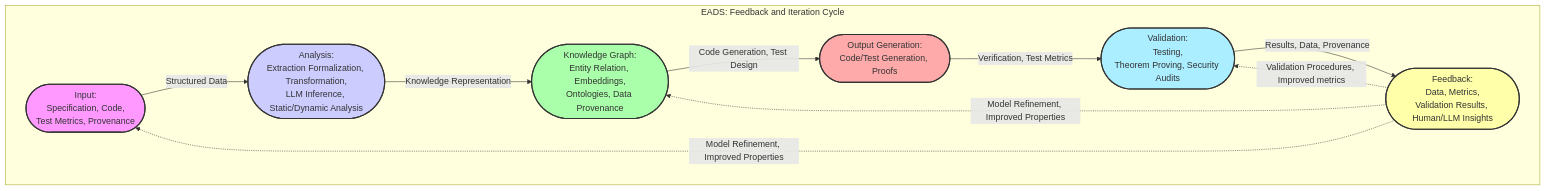
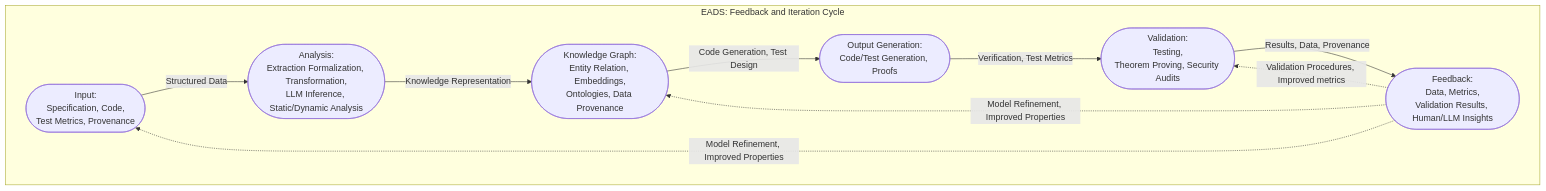
The first of 4 diagrams in docs/EADS-20241211-2.md (nshkrdotcom/EADS), drawn with Mermaid before and after one commit. The commit also changed other lines of this file and 1 other file, not shown here.

````diff
--- a/docs/EADS-20241211-2.md
+++ b/docs/EADS-20241211-2.md
@@ -3,33 +3,20 @@
 ```mermaid
 graph TD
     subgraph EADS["EADS:&nbsp;Feedback&nbsp;and&nbsp;Iteration&nbsp;Cycle"]
-        Input([Input:<br>Specification, Code,<br>Test Metrics, Provenance])
-          style Input fill:#f9f,stroke:#333,stroke-width:2px
+		Input([Input:<br>Specification, Code,<br>Test Metrics, Provenance])
+		Analysis([Analysis:<br>Extraction Formalization, Transformation,<br>LLM Inference, Static/Dynamic Analysis])
+		KnowledgeGraph([Knowledge Graph:<br>Entity Relation, Embeddings,<br>Ontologies, Data Provenance])
+		Output([Output Generation:<br>Code/Test Generation, Proofs])
+		Validation([Validation:<br>Testing,<br>Theorem Proving, Security Audits])
+		Feedback([Feedback:<br>Data, Metrics,<br>Validation Results, Human/LLM Insights])
 
-        Analysis([Analysis:<br>Extraction Formalization, Transformation,<br>LLM Inference, Static/Dynamic Analysis])
-          style Analysis fill:#ccf,stroke:#333,stroke-width:2px
-
-        KnowledgeGraph([Knowledge Graph:<br>Entity Relation, Embeddings,<br>Ontologies, Data Provenance])
-         style KnowledgeGraph fill:#afa,stroke:#333,stroke-width:2px
-
-        Output([Output Generation:<br>Code/Test Generation, Proofs])
-         style Output fill:#faa,stroke:#333,stroke-width:2px
-
-         Validation([Validation:<br>Testing,<br>Theorem Proving, Security Audits])
-         style Validation fill:#aef,stroke:#333,stroke-width:2px
-
-         Feedback([Feedback:<br>Data, Metrics,<br>Validation Results, Human/LLM Insights])
-         style Feedback fill:#ffa,stroke:#333,stroke-width:2px
-
-
-     Input -->|Structured Data| Analysis
-     Analysis --> |Knowledge Representation| KnowledgeGraph
-    KnowledgeGraph --> |Code Generation, Test Design| Output
-     Output --> |Verification, Test Metrics| Validation
-     Validation --> |Results, Data, Provenance| Feedback
-    Feedback  -.-> |Model Refinement, Improved Properties| Input
-    Feedback  -.-> |Model Refinement, Improved Properties| KnowledgeGraph
-    Feedback  -.-> |Validation Procedures, Improved metrics| Validation
-
+		Input -->|Structured Data| Analysis
+		Analysis --> |Knowledge Representation| KnowledgeGraph
+		KnowledgeGraph --> |Code Generation, Test Design| Output
+		Output --> |Verification, Test Metrics| Validation
+		Validation --> |Results, Data, Provenance| Feedback
+		Feedback  -.-> |Model Refinement, Improved Properties| Input
+		Feedback  -.-> |Model Refinement, Improved Properties| KnowledgeGraph
+		Feedback  -.-> |Validation Procedures, Improved metrics| Validation
     end
 ```
````
